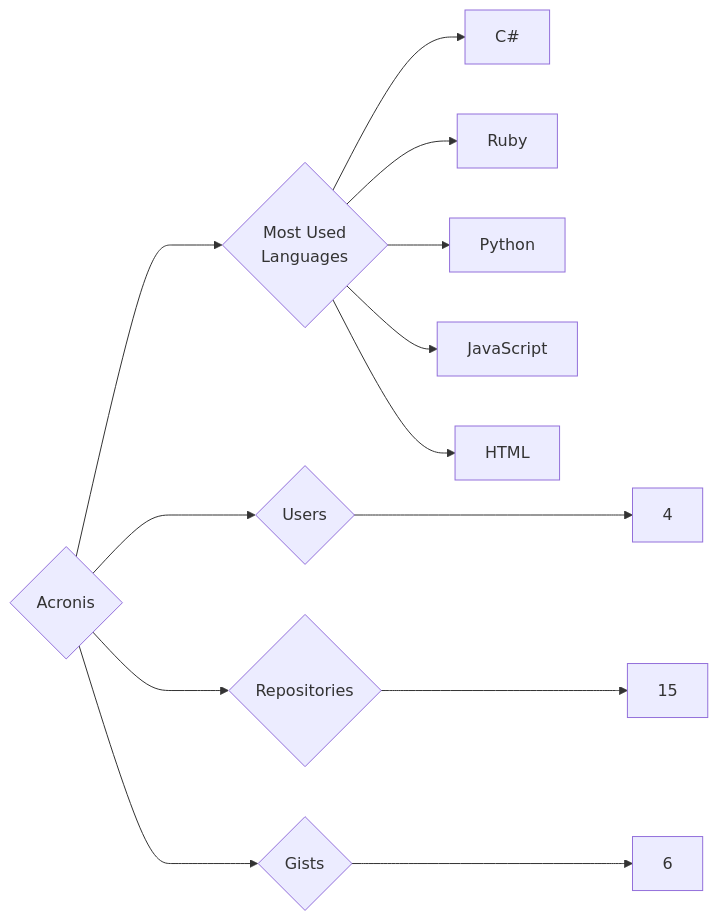
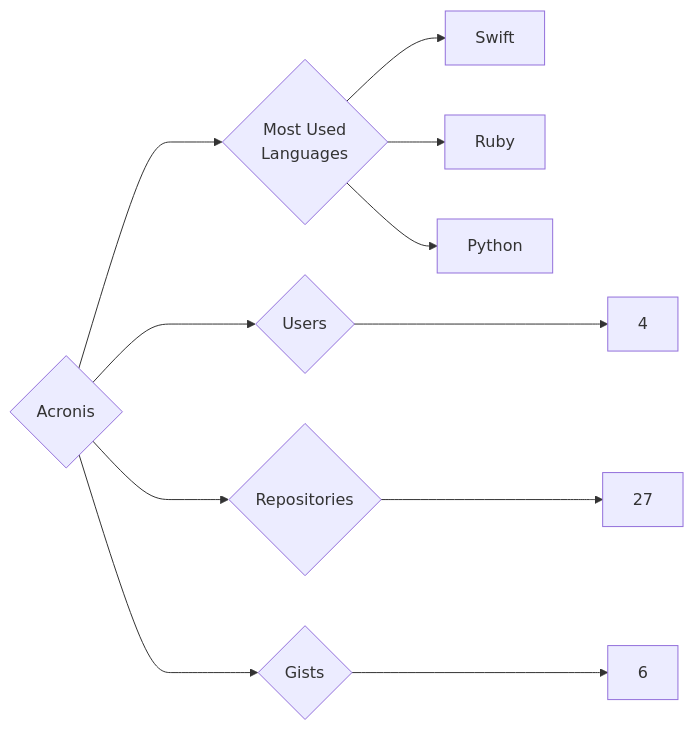
One commit to trickest/insiders changed the diagram in targets/Acronis/README.md. Above: the diagram before and after it, drawn with Mermaid. The commit also changed 934 other files, not shown here.

````diff
--- a/targets/Acronis/README.md
+++ b/targets/Acronis/README.md
@@ -3,13 +3,11 @@
 ```mermaid
 graph LR
 COMPANY_NAME{Acronis}
 COMPANY_NAME ---> U{Users} ---> UN[4]
-COMPANY_NAME ---> R{Repositories} ---> RN[15]
+COMPANY_NAME ---> R{Repositories} ---> RN[27]
 COMPANY_NAME ---> G{Gists} ---> GN[6]
 COMPANY_NAME ---> ML{Most Used<br>Languages}
-ML --> C#[C#]
+ML --> Swift[Swift]
 ML --> Ruby[Ruby]
 ML --> Python[Python]
-ML --> JavaScript[JavaScript]
-ML --> HTML[HTML]
 ```
````
